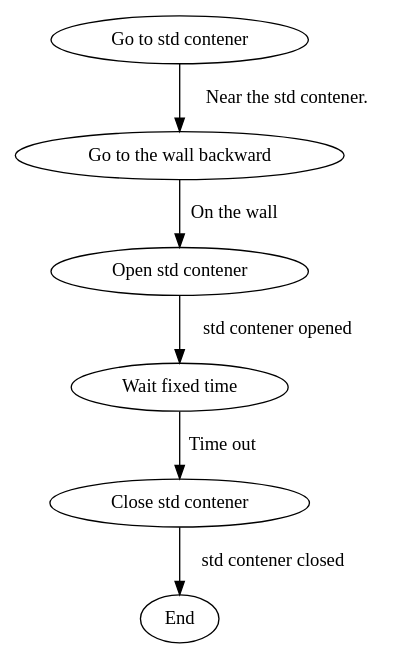
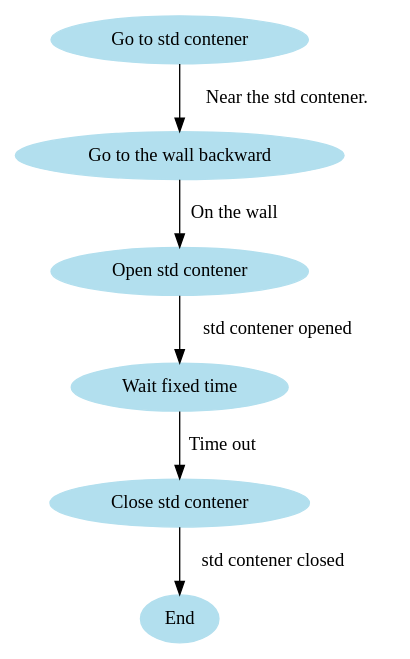
Before and after one commit to oliv5/apbteam: the diagram in digital/io/doc/stdContenerFsm.dot, drawn with Graphviz. The commit also changed 2 other files, not shown here.

```diff
--- a/digital/io/doc/stdContenerFsm.dot
+++ b/digital/io/doc/stdContenerFsm.dot
@@ -1,9 +1,10 @@
 /* IO.avr module. Chute Final State Machine */
 digraph StdContenerFsm 
 {
+	node [color=lightblue2, style=filled];
 	"Go to std contener" -> "Go to the wall backward" [label = "Near the std contener."];
 	"Go to the wall backward" -> "Open std contener" [label = "On the wall"];
 	"Open std contener" -> "Wait fixed time" [label = "std contener opened"];
 	"Wait fixed time" -> "Close std contener" [label = "Time out"];
 	"Close std contener" -> End [label = "std contener closed"];
 }
```
